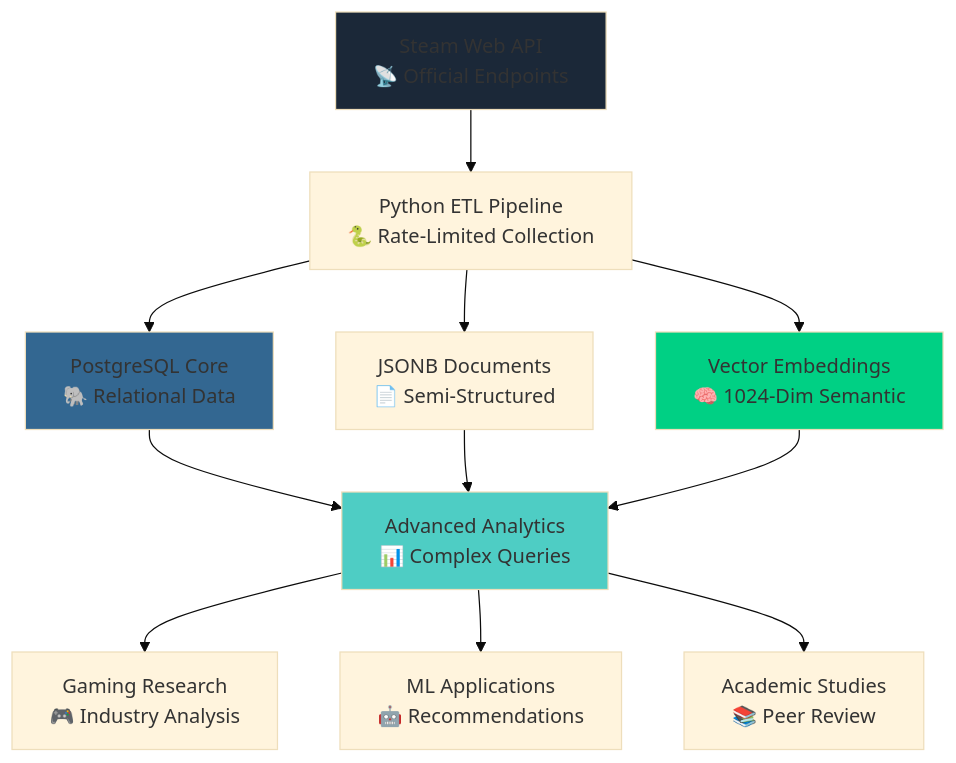
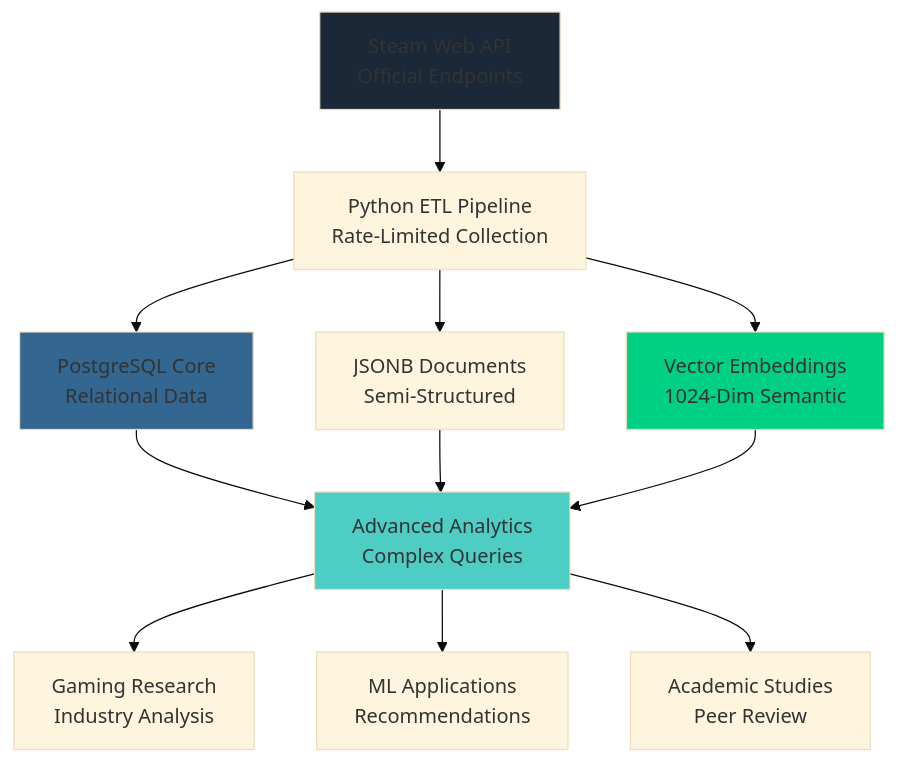
The diagram in README.md (vintagedon/steam-dataset-2025), drawn with Mermaid (base theme) before and after one commit. The commit also changed other lines of this file, not shown here.

````diff
--- a/README.md
+++ b/README.md
@@ -121,20 +121,20 @@
 ```mermaid
 graph TD
-    A[Steam Web API<br/>📡 Official Endpoints] --> B[Python ETL Pipeline<br/>🐍 Rate-Limited Collection]
-    B --> C[PostgreSQL Core<br/>🐘 Relational Data]
-    B --> D[JSONB Documents<br/>📄 Semi-Structured]
-    B --> E[Vector Embeddings<br/>🧠 1024-Dim Semantic]
+    A[Steam Web API<br/>Official Endpoints] --> B[Python ETL Pipeline<br/>Rate-Limited Collection]
+    B --> C[PostgreSQL Core<br/>Relational Data]
+    B --> D[JSONB Documents<br/>Semi-Structured]
+    B --> E[Vector Embeddings<br/>1024-Dim Semantic]
     
-    C --> F[Advanced Analytics<br/>📊 Complex Queries]
+    C --> F[Advanced Analytics<br/>Complex Queries]
     D --> F
     E --> F
     
-    F --> G[Gaming Research<br/>🎮 Industry Analysis]
-    F --> H[ML Applications<br/>🤖 Recommendations]
-    F --> I[Academic Studies<br/>📚 Peer Review]
+    F --> G[Gaming Research<br/>Industry Analysis]
+    F --> H[ML Applications<br/>Recommendations]
+    F --> I[Academic Studies<br/>Peer Review]
     
     style A fill:#1b2838
     style C fill:#336791
     style E fill:#00d084
     style F fill:#4ecdc4
 ```
````
